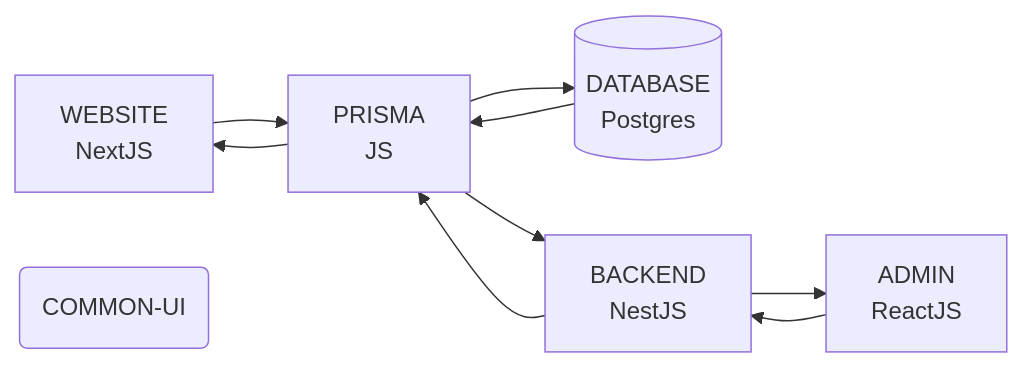
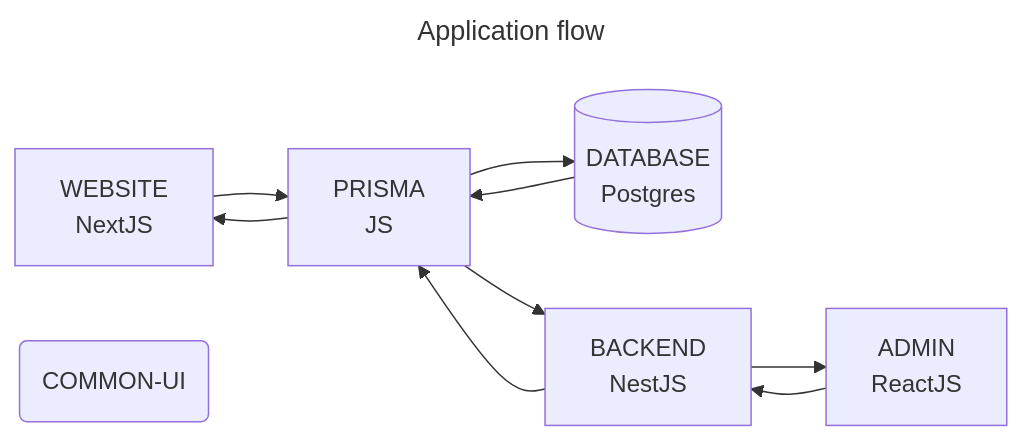
The first of 2 diagrams in README.md (gentlemil/ems), drawn with Mermaid before and after one commit. The commit also changed other lines of this file, not shown here.

Commit message:
feat: add mermaid review graph

````diff
--- a/README.md
+++ b/README.md
@@ -9,16 +9,19 @@
 ```mermaid
+---
+title: Application flow
+---
 graph LR
     A[WEBSITE<br>NextJS] --> B[PRISMA<br>JS]
     B --> A
 
     B --> C[(DATABASE<br>Postgres)]
     C --> B
 
     D[BACKEND<br>NestJS] --> B
     B --> D
 
     D --> E[ADMIN<br>ReactJS]
     E --> D
 
     F(COMMON-UI)
 ```
````
